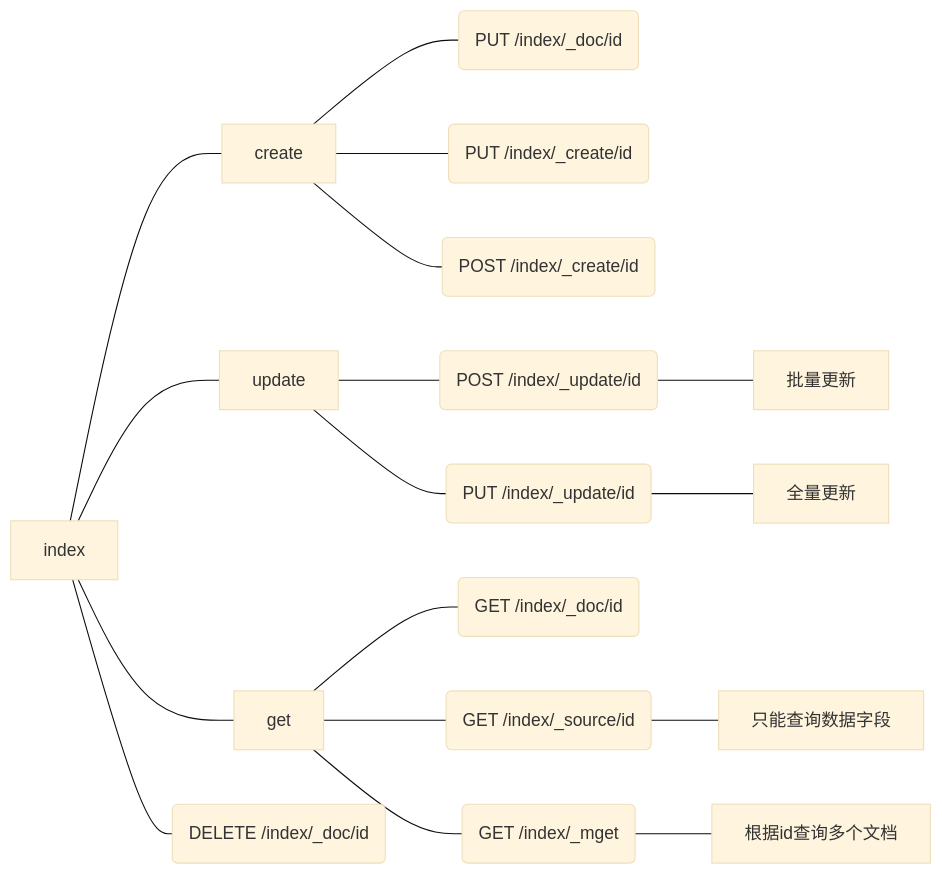
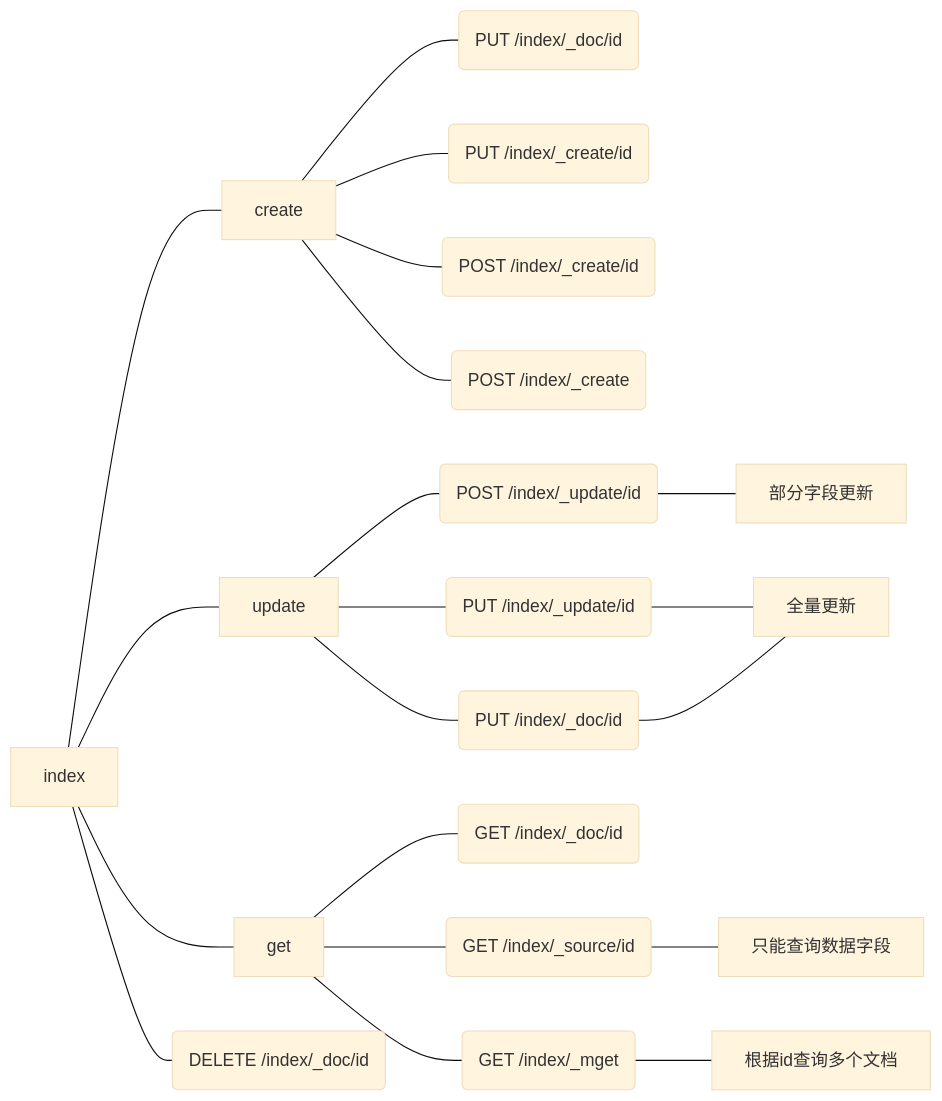
Before and after one commit to itweixiang/openotes: the third of 3 diagrams in 系统架构/日志采集/Elasticsearch/1 ES部署和基础使用.md, drawn with Mermaid (base theme). The commit also changed other lines of this file and 1 other file, not shown here.

````diff
--- a/系统架构/日志采集/Elasticsearch/1 ES部署和基础使用.md
+++ b/系统架构/日志采集/Elasticsearch/1 ES部署和基础使用.md
@@ -310,19 +343,22 @@
 ```mermaid
 graph LR
 index---create
 index---update
 index---get
 index---delete("DELETE /index/_doc/id")
 create---c1("PUT /index/_doc/id")
 create---c2("PUT /index/_create/id")
 create---c3("POST /index/_create/id")
+create---c4("POST /index/_create")
 get---g1("GET /index/_doc/id")
 get---g2("GET /index/_source/id")
 get---g3("GET /index/_mget")
 update---u1("POST /index/_update/id")
 update---u2("PUT /index/_update/id")
+update---u3("PUT /index/_doc/id")
 g2---只能查询数据字段
 g3---根据id查询多个文档
-u1---批量更新
+u1---部分字段更新
 u2---全量更新
+u3---全量更新
 ```
````
